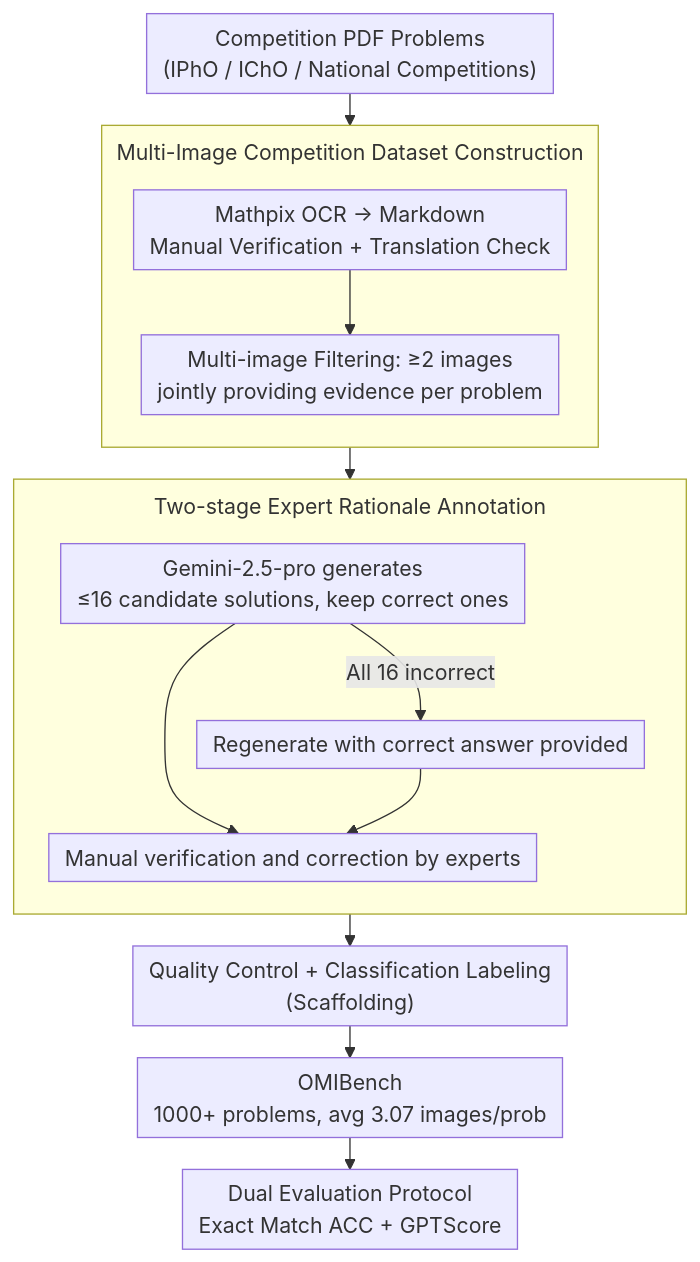
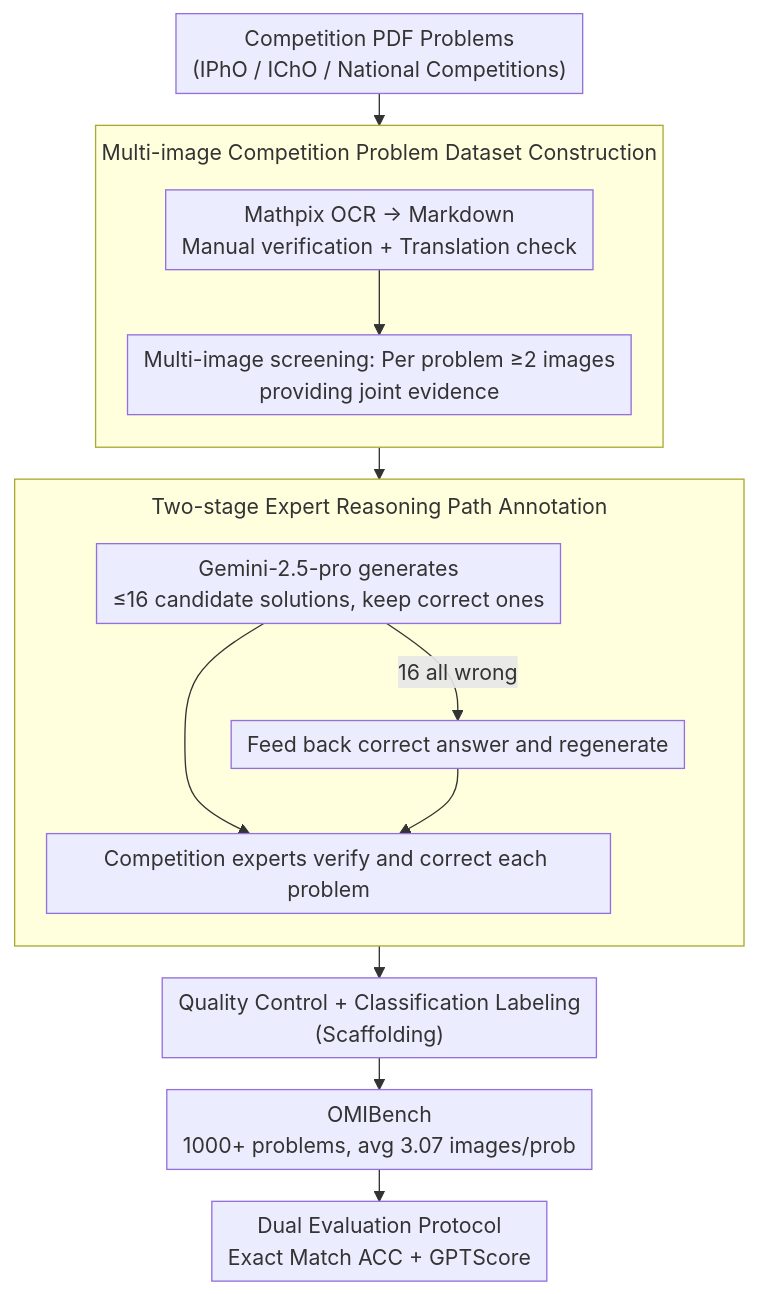
One commit to zhaoyang97/Paper-Notes-en changed the diagram in docs/ACL2026/vlm_reasoning/omibench_benchmarking_olympiad-level_multi-image_reasoning_in_large_vision-langu.md. Above: the diagram before and after it, drawn with Mermaid. The commit also changed other lines of this file and 5084 other files, not shown here.

````diff
--- a/docs/ACL2026/vlm_reasoning/omibench_benchmarking_olympiad-level_multi-image_reasoning_in_large_vision-langu.md
+++ b/docs/ACL2026/vlm_reasoning/omibench_benchmarking_olympiad-level_multi-image_reasoning_in_large_vision-langu.md
@@ -42,19 +42,19 @@
 ```mermaid
 %%{init: {'flowchart': {'rankSpacing': 24, 'nodeSpacing': 28, 'padding': 6, 'wrappingWidth': 400, 'subGraphTitleMargin': {'top': 8, 'bottom': 16}}}}%%
 flowchart TD
     A["Competition PDF Problems<br/>(IPhO / IChO / National Competitions)"] --> B
-    subgraph B["Multi-Image Competition Dataset Construction"]
+    subgraph B["Multi-image Competition Problem Dataset Construction"]
         direction TB
-        B1["Mathpix OCR → Markdown<br/>Manual Verification + Translation Check"] --> B2["Multi-image Filtering: ≥2 images<br/>jointly providing evidence per problem"]
+        B1["Mathpix OCR → Markdown<br/>Manual verification + Translation check"] --> B2["Multi-image screening: Per problem ≥2 images<br/>providing joint evidence"]
     end
     B --> C
-    subgraph C["Two-stage Expert Rationale Annotation"]
+    subgraph C["Two-stage Expert Reasoning Path Annotation"]
         direction TB
-        C1["Gemini-2.5-pro generates<br/>≤16 candidate solutions, keep correct ones"] --> C3["Manual verification and correction by experts"]
-        C1 -->|All 16 incorrect| C2["Regenerate with correct answer provided"]
+        C1["Gemini-2.5-pro generates<br/>≤16 candidate solutions, keep correct ones"] --> C3["Competition experts verify and correct each problem"]
+        C1 -->|16 all wrong| C2["Feed back correct answer and regenerate"]
         C2 --> C3
     end
     C --> D["Quality Control + Classification Labeling<br/>(Scaffolding)"]
     D --> E["OMIBench<br/>1000+ problems, avg 3.07 images/prob"]
     E --> F["Dual Evaluation Protocol<br/>Exact Match ACC + GPTScore"]
 ```
````
